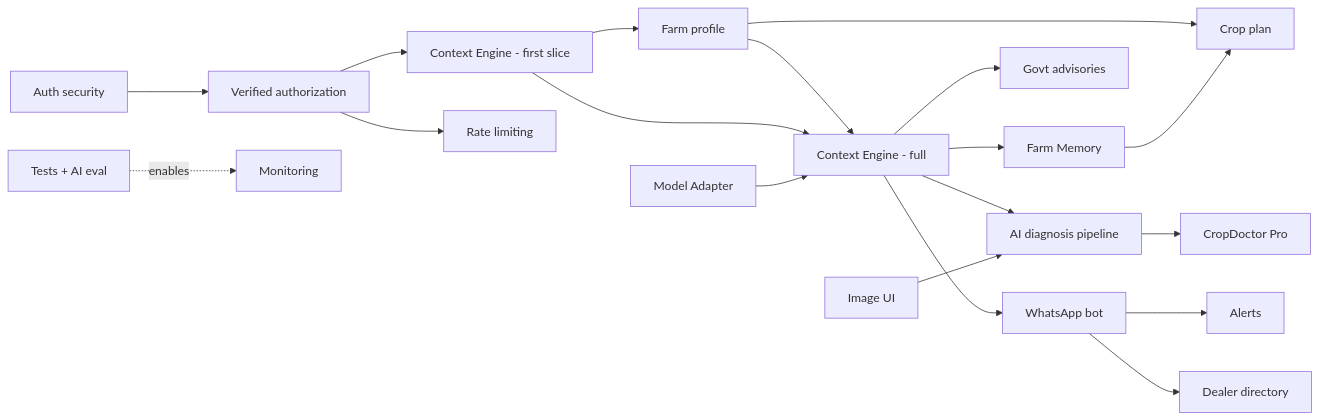
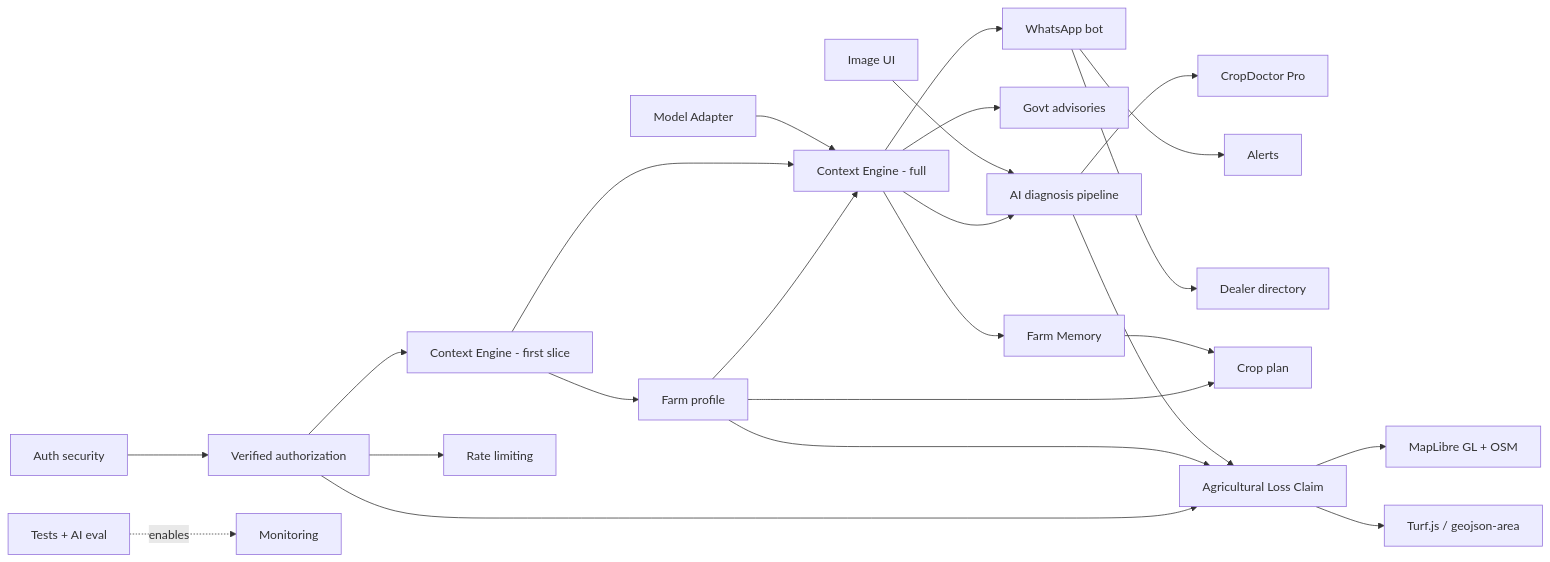
The diagram in docs/product/04_Feature_List.md (KishoreBalajiP/VivasayiAI), drawn with Mermaid before and after one commit. The commit also changed other lines of this file and 10 other files, not shown here.

Commit message:
docs: finalize agricultural loss claim domain

````diff
--- a/docs/product/04_Feature_List.md
+++ b/docs/product/04_Feature_List.md
@@ -100,21 +101,26 @@
 ```mermaid
 graph LR
     F17[Auth security] --> F19[Verified authorization]
     F19 --> F20[Context Engine - first slice]
     F19 --> F24[Rate limiting]
     F20 --> F21[Farm profile]
     F21 --> F46[Context Engine - full]
     F20 --> F46
     F45[Model Adapter] --> F46
     F46 --> F47[Farm Memory]
     F46 --> F48[Govt advisories]
     F46 --> F22[AI diagnosis pipeline]
     F15[Image UI] --> F22
     F22 --> F33[CropDoctor Pro]
     F46 --> F25[WhatsApp bot]
     F25 --> F31[Alerts]
     F25 --> F32[Dealer directory]
     F21 --> F30[Crop plan]
     F47 --> F30
     F26[Tests + AI eval] -. enables .-> F27[Monitoring]
+    F19 --> F49[Agricultural Loss Claim]
+    F21 --> F49
+    F22 --> F49
+    F49 --> MapLibre[MapLibre GL + OSM]
+    F49 --> Turf[Turf.js / geojson-area]
 ```
````
